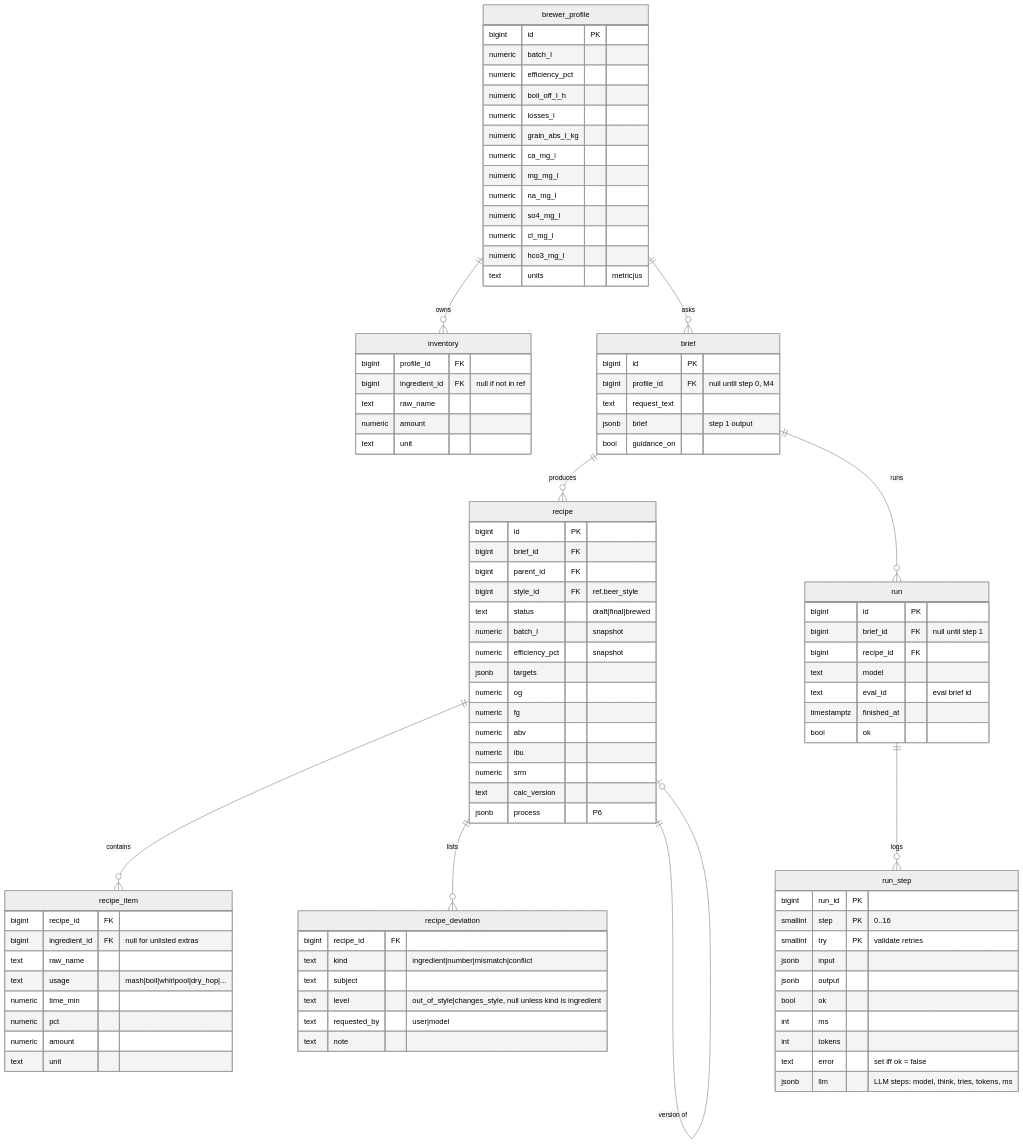
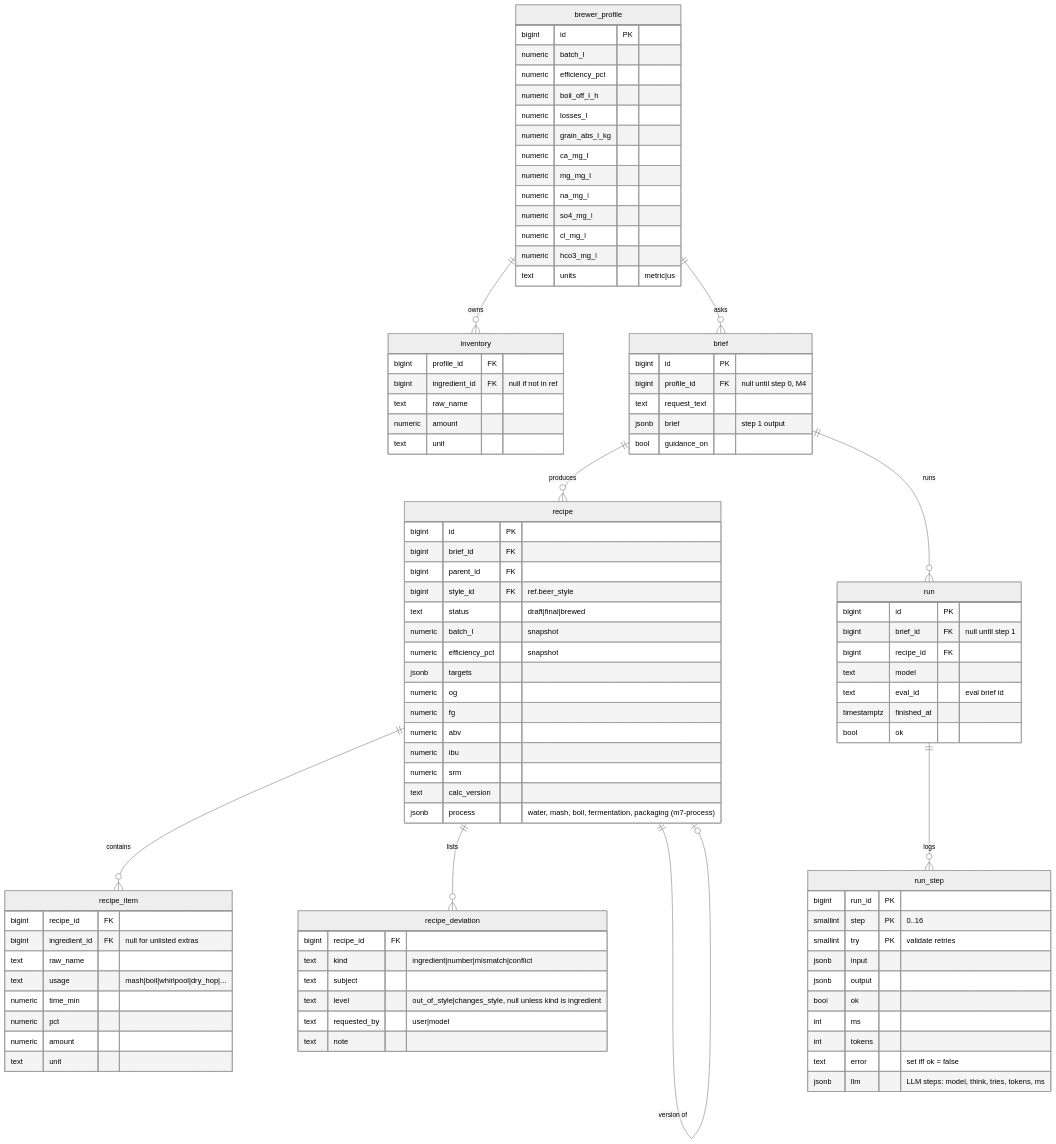
The fourth of 4 diagrams in docs/DATABASE.md (badacsonyigorenyember/homebrew_ai), drawn with Mermaid (neutral theme) before and after one commit. The commit also changed other lines of this file and 6 other files, not shown here.

```diff
--- a/docs/DATABASE.md
+++ b/docs/DATABASE.md
@@ -389,7 +389,7 @@
         numeric ibu
         numeric srm
         text calc_version
-        jsonb process "P6"
+        jsonb process "water, mash, boil, fermentation, packaging (m7-process)"
     }
     recipe_item {
         bigint recipe_id FK
```
